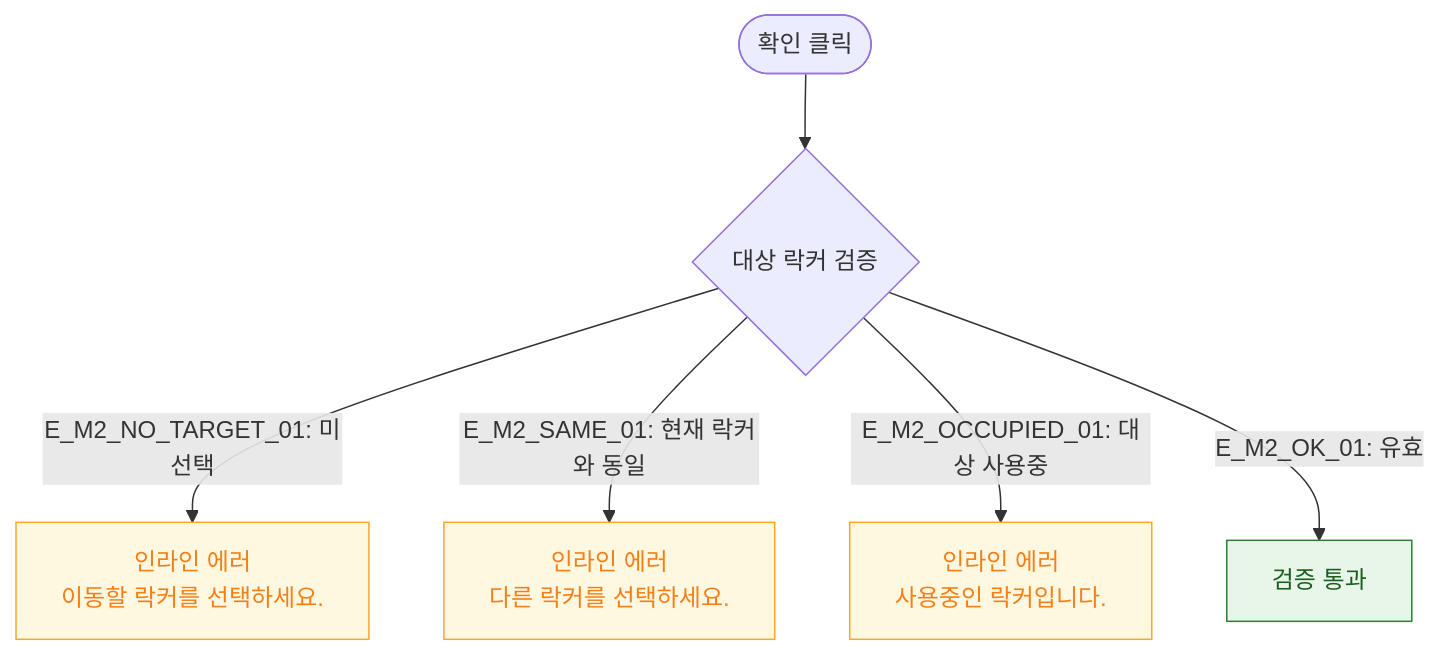
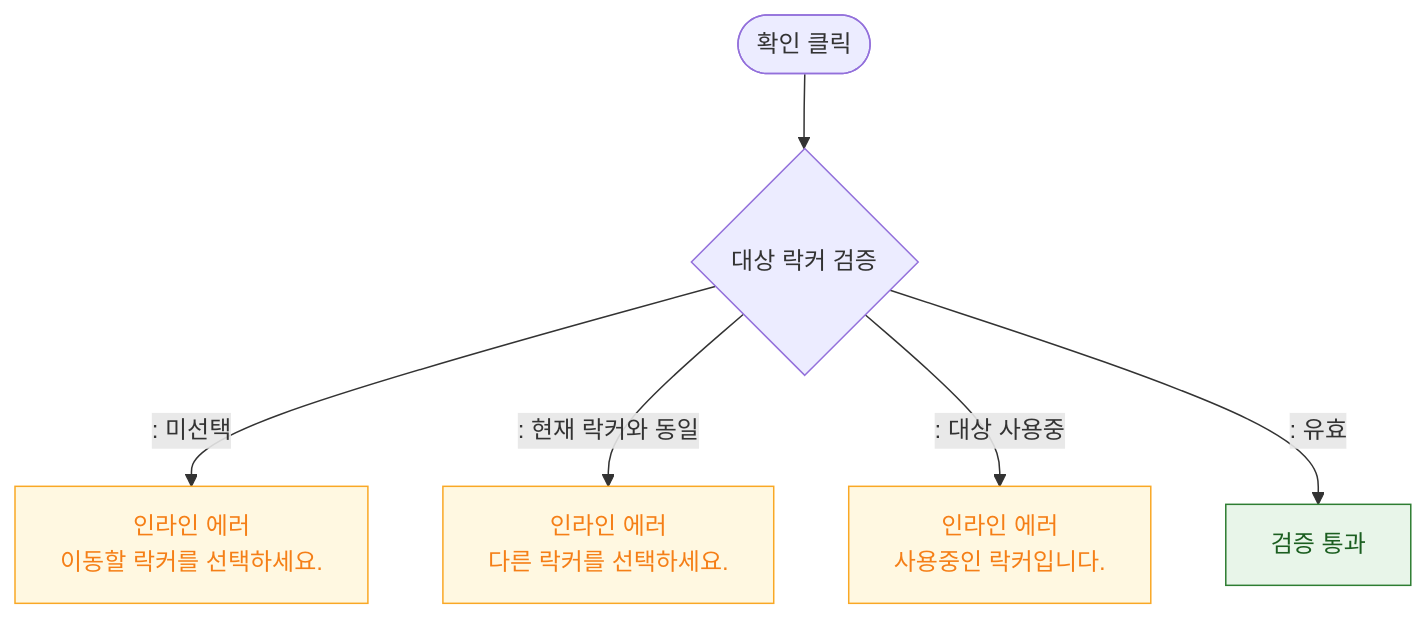
The diagram in docs/다이어그램/D06_시설관리/DLG/DLG-050-002_락커이동/M2_필드검증.md (dev-spogym/admin-pando), drawn with Mermaid before and after one commit. The commit also changed other lines of this file and 1660 other files, not shown here.

First line of the commit message:
다이어그램: 기획자/클라이언트 납품본으로 정리

````diff
--- a/docs/다이어그램/D06_시설관리/DLG/DLG-050-002_락커이동/M2_필드검증.md
+++ b/docs/다이어그램/D06_시설관리/DLG/DLG-050-002_락커이동/M2_필드검증.md
@@ -16,14 +14,14 @@
 ```mermaid
 flowchart TD
     SUBMIT([확인 클릭]) --> V1{대상 락커 검증}
-    V1 -->|"E_M2_NO_TARGET_01: 미선택"| ErrTarget[인라인 에러\n이동할 락커를 선택하세요.]
-    V1 -->|"E_M2_SAME_01: 현재 락커와 동일"| ErrSame[인라인 에러\n다른 락커를 선택하세요.]
-    V1 -->|"E_M2_OCCUPIED_01: 대상 사용중"| ErrOccupied[인라인 에러\n사용중인 락커입니다.]
-    V1 -->|"E_M2_OK_01: 유효"| PASS[검증 통과]
+    V1 -->|": 미선택"|ErrTarget[인라인 에러\n이동할 락커를 선택하세요.]
+    V1 -->|": 현재 락커와 동일"|ErrSame[인라인 에러\n다른 락커를 선택하세요.]
+    V1 -->|": 대상 사용중"|ErrOccupied[인라인 에러\n사용중인 락커입니다.]
+    V1 -->|": 유효"|PASS[검증 통과]
 
     classDef modal fill:#FFF3E0,stroke:#F57C00,color:#E65100
     classDef warning fill:#FFF8E1,stroke:#F9A825,color:#F57F17
     classDef success fill:#E8F5E9,stroke:#2E7D32,color:#1B5E20
     class PASS success
     class ErrTarget,ErrSame,ErrOccupied warning
 ```
````
